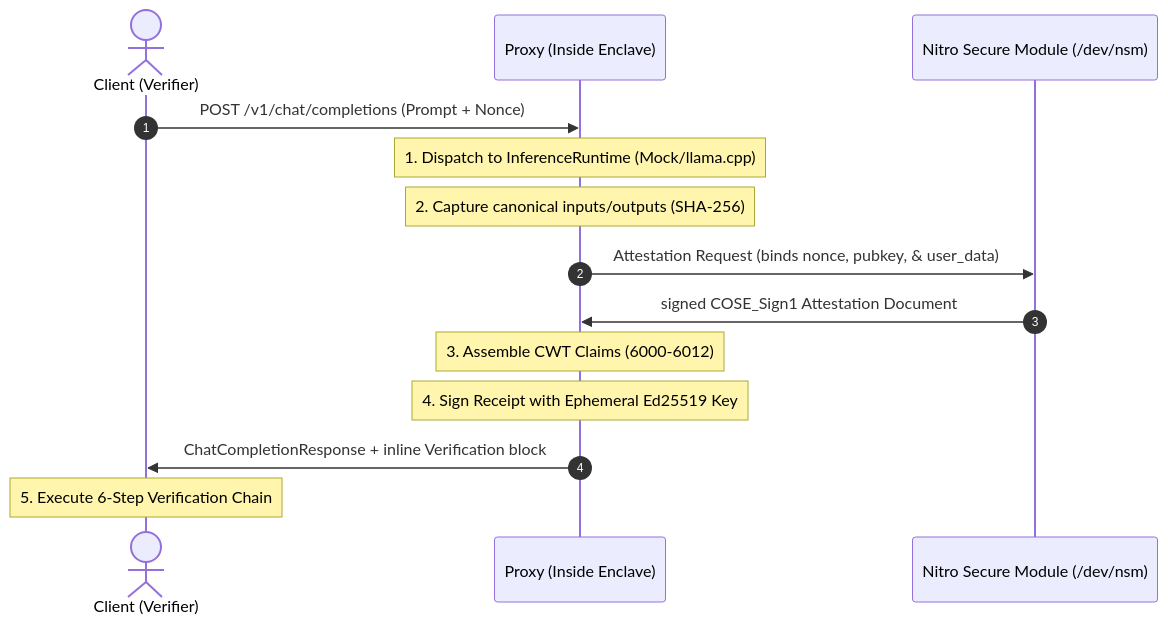
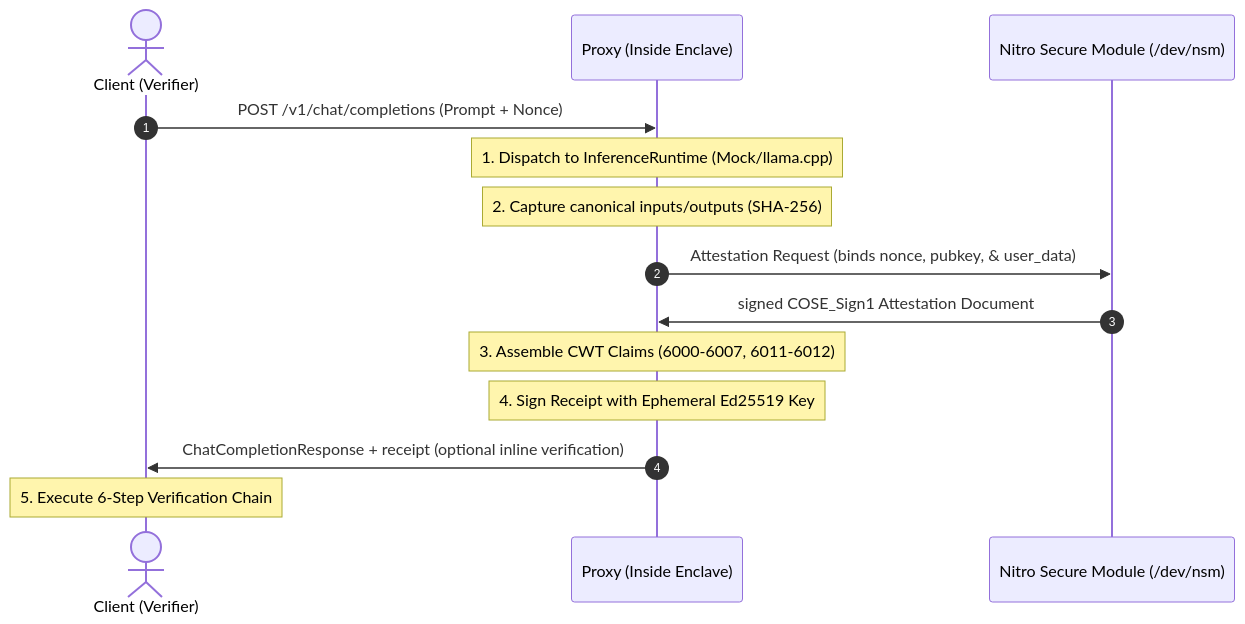
Before and after one commit to sssec81/veriai-sdk: the diagram in README.md, drawn with Mermaid. The commit also changed other lines of this file and 4 other files, not shown here.

````diff
--- a/README.md
+++ b/README.md
@@ -35,17 +35,17 @@
 ```mermaid
 sequenceDiagram
     autonumber
     actor Client as Client (Verifier)
     participant Proxy as Proxy (Inside Enclave)
     participant NSM as Nitro Secure Module (/dev/nsm)
 
     Client->>Proxy: POST /v1/chat/completions (Prompt + Nonce)
     Note over Proxy: 1. Dispatch to InferenceRuntime (Mock/llama.cpp)
     Note over Proxy: 2. Capture canonical inputs/outputs (SHA-256)
     Proxy->>NSM: Attestation Request (binds nonce, pubkey, & user_data)
     NSM->>Proxy: signed COSE_Sign1 Attestation Document
-    Note over Proxy: 3. Assemble CWT Claims (6000-6012)
+    Note over Proxy: 3. Assemble CWT Claims (6000-6007, 6011-6012)
     Note over Proxy: 4. Sign Receipt with Ephemeral Ed25519 Key
-    Proxy->>Client: ChatCompletionResponse + inline Verification block
+    Proxy->>Client: ChatCompletionResponse + receipt (optional inline verification)
     Note over Client: 5. Execute 6-Step Verification Chain
 ```
````
